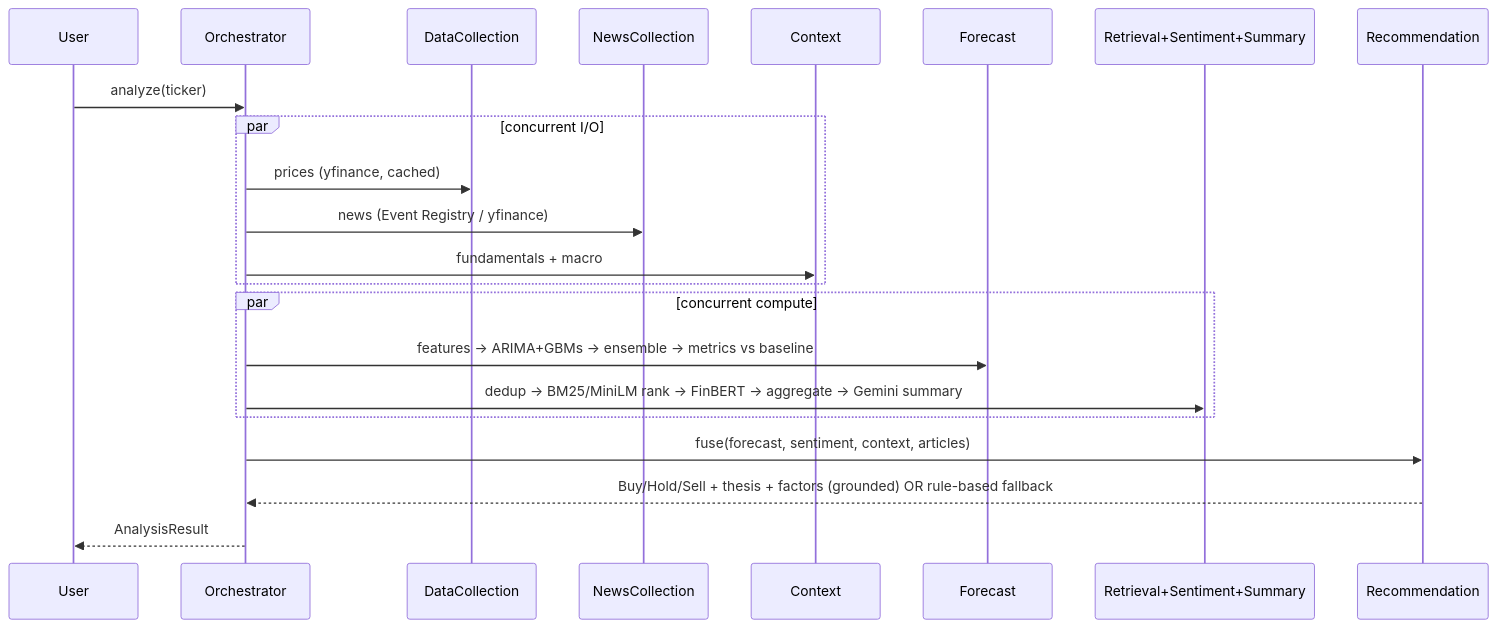
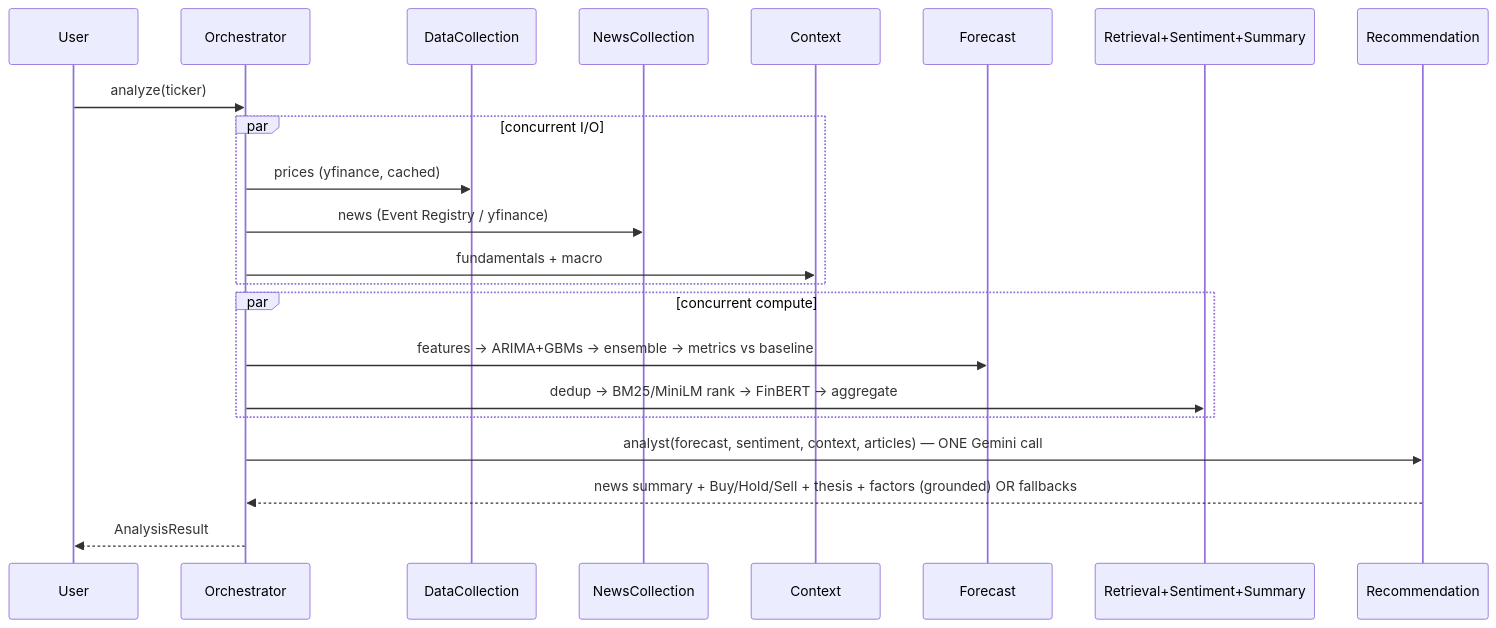
One commit to NeerajKumar1631/EXL-Capstone changed the diagram in docs/agent_workflow.md. Above: the diagram before and after it, drawn with Mermaid. The commit also changed other lines of this file and 70 other files, not shown here.

Commit message:
Merged two gemini calls into one, added new features , added tests

````diff
--- a/docs/agent_workflow.md
+++ b/docs/agent_workflow.md
@@ -7,24 +7,24 @@
 ```mermaid
 sequenceDiagram
     participant U as User
     participant O as Orchestrator
     participant D as DataCollection
     participant N as NewsCollection
     participant C as Context
     participant F as Forecast
     participant R as Retrieval+Sentiment+Summary
     participant Rec as Recommendation
     U->>O: analyze(ticker)
     par concurrent I/O
         O->>D: prices (yfinance, cached)
         O->>N: news (Event Registry / yfinance)
         O->>C: fundamentals + macro
     end
     par concurrent compute
         O->>F: features → ARIMA+GBMs → ensemble → metrics vs baseline
-        O->>R: dedup → BM25/MiniLM rank → FinBERT → aggregate → Gemini summary
+        O->>R: dedup → BM25/MiniLM rank → FinBERT → aggregate
     end
-    O->>Rec: fuse(forecast, sentiment, context, articles)
-    Rec-->>O: Buy/Hold/Sell + thesis + factors (grounded) OR rule-based fallback
+    O->>Rec: analyst(forecast, sentiment, context, articles) — ONE Gemini call
+    Rec-->>O: news summary + Buy/Hold/Sell + thesis + factors (grounded) OR fallbacks
     O-->>U: AnalysisResult
 ```
````
